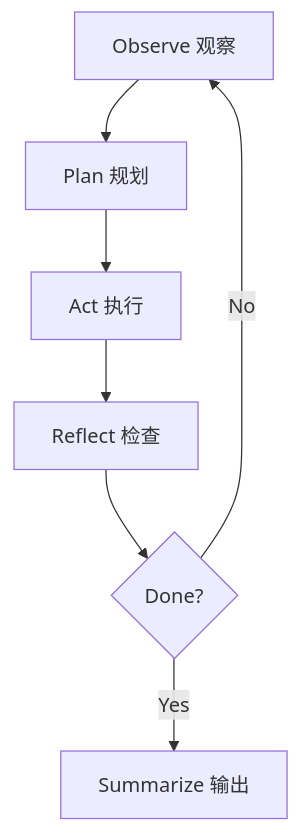
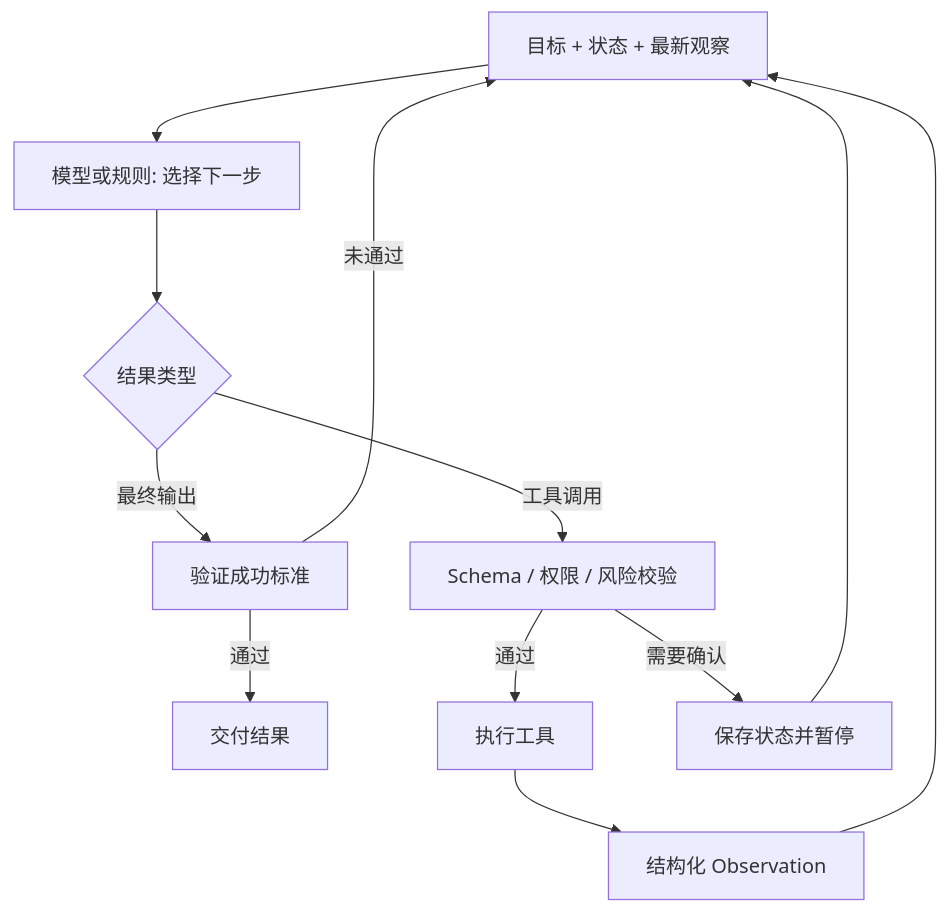
The first of 2 diagrams in content/docs/concepts/agent-loop.mdx (iammm0/agent-altlas), drawn with Mermaid before and after one commit. The commit also changed other lines of this file, not shown here.

````diff
--- a/content/docs/concepts/agent-loop.mdx
+++ b/content/docs/concepts/agent-loop.mdx
@@ -12,9 +14,14 @@
 ```mermaid
 flowchart TD
-  O[Observe 观察] --> P[Plan 规划]
-  P --> A[Act 执行]
-  A --> R[Reflect 检查]
-  R --> D{Done?}
-  D -- No --> O
-  D -- Yes --> S[Summarize 输出]
+  I[目标 + 状态 + 最新观察] --> D[模型或规则: 选择下一步]
+  D --> K{结果类型}
+  K -- 最终输出 --> V[验证成功标准]
+  V -- 未通过 --> I
+  V -- 通过 --> S[交付结果]
+  K -- 工具调用 --> G[Schema / 权限 / 风险校验]
+  G -- 通过 --> A[执行工具]
+  A --> O[结构化 Observation]
+  O --> I
+  G -- 需要确认 --> H[保存状态并暂停]
+  H --> I
 ```
````
